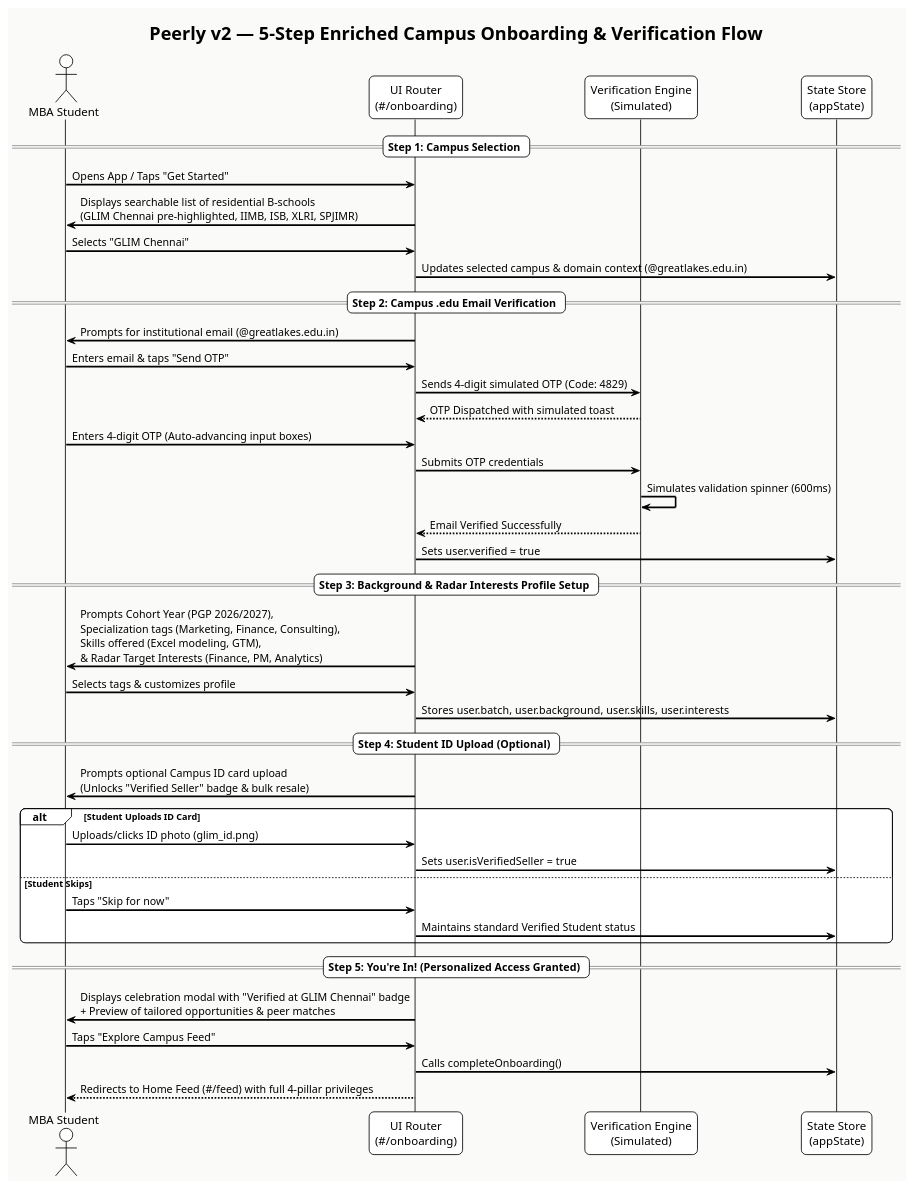
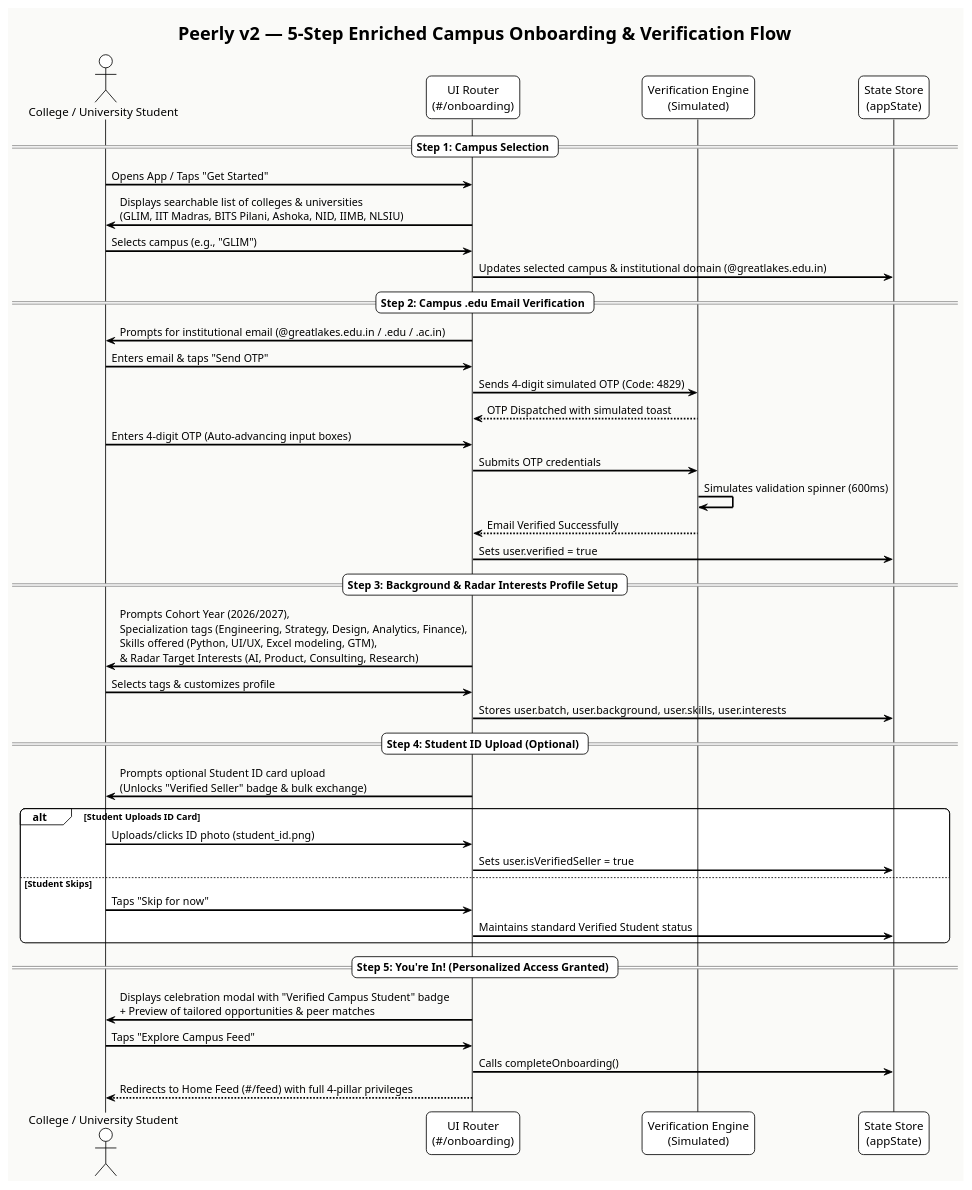
The diagram in diagrams/onboarding-flow.puml (pavitrapoojary/peerly), drawn with PlantUML before and after one commit. The commit also changed 6 other files, not shown here.

```diff
--- a/diagrams/onboarding-flow.puml
+++ b/diagrams/onboarding-flow.puml
@@ -1,55 +1,55 @@
 @startuml OnboardingFlow
 !theme plain
 skinparam backgroundColor #FAFAF8
 skinparam roundcorner 12
 skinparam sequenceArrowThickness 2
 skinparam ParticipantPadding 15
 skinparam BoxPadding 10
 skinparam defaultFontName "Plus Jakarta Sans"
 
 title Peerly v2 — 5-Step Enriched Campus Onboarding & Verification Flow
 
-actor "MBA Student" as Student
+actor "College / University Student" as Student
 participant "UI Router\n(#/onboarding)" as UI
 participant "Verification Engine\n(Simulated)" as Verify
 participant "State Store\n(appState)" as State
 
 == Step 1: Campus Selection ==
 Student -> UI : Opens App / Taps "Get Started"
-UI -> Student : Displays searchable list of residential B-schools\n(GLIM Chennai pre-highlighted, IIMB, ISB, XLRI, SPJIMR)
-Student -> UI : Selects "GLIM Chennai"
-UI -> State : Updates selected campus & domain context (@greatlakes.edu.in)
+UI -> Student : Displays searchable list of colleges & universities\n(GLIM, IIT Madras, BITS Pilani, Ashoka, NID, IIMB, NLSIU)
+Student -> UI : Selects campus (e.g., "GLIM")
+UI -> State : Updates selected campus & institutional domain (@greatlakes.edu.in)
 
 == Step 2: Campus .edu Email Verification ==
-UI -> Student : Prompts for institutional email (@greatlakes.edu.in)
+UI -> Student : Prompts for institutional email (@greatlakes.edu.in / .edu / .ac.in)
 Student -> UI : Enters email & taps "Send OTP"
 UI -> Verify : Sends 4-digit simulated OTP (Code: 4829)
 Verify --> UI : OTP Dispatched with simulated toast
 Student -> UI : Enters 4-digit OTP (Auto-advancing input boxes)
 UI -> Verify : Submits OTP credentials
 Verify -> Verify : Simulates validation spinner (600ms)
 Verify --> UI : Email Verified Successfully
 UI -> State : Sets user.verified = true
 
 == Step 3: Background & Radar Interests Profile Setup ==
-UI -> Student : Prompts Cohort Year (PGP 2026/2027),\nSpecialization tags (Marketing, Finance, Consulting),\nSkills offered (Excel modeling, GTM),\n& Radar Target Interests (Finance, PM, Analytics)
+UI -> Student : Prompts Cohort Year (2026/2027),\nSpecialization tags (Engineering, Strategy, Design, Analytics, Finance),\nSkills offered (Python, UI/UX, Excel modeling, GTM),\n& Radar Target Interests (AI, Product, Consulting, Research)
 Student -> UI : Selects tags & customizes profile
 UI -> State : Stores user.batch, user.background, user.skills, user.interests
 
 == Step 4: Student ID Upload (Optional) ==
-UI -> Student : Prompts optional Campus ID card upload\n(Unlocks "Verified Seller" badge & bulk resale)
+UI -> Student : Prompts optional Student ID card upload\n(Unlocks "Verified Seller" badge & bulk exchange)
 alt Student Uploads ID Card
-    Student -> UI : Uploads/clicks ID photo (glim_id.png)
+    Student -> UI : Uploads/clicks ID photo (student_id.png)
     UI -> State : Sets user.isVerifiedSeller = true
 else Student Skips
     Student -> UI : Taps "Skip for now"
     UI -> State : Maintains standard Verified Student status
 end
 
 == Step 5: You're In! (Personalized Access Granted) ==
-UI -> Student : Displays celebration modal with "Verified at GLIM Chennai" badge\n+ Preview of tailored opportunities & peer matches
+UI -> Student : Displays celebration modal with "Verified Campus Student" badge\n+ Preview of tailored opportunities & peer matches
 Student -> UI : Taps "Explore Campus Feed"
 UI -> State : Calls completeOnboarding()
 UI --> Student : Redirects to Home Feed (#/feed) with full 4-pillar privileges
 
 @enduml
```
